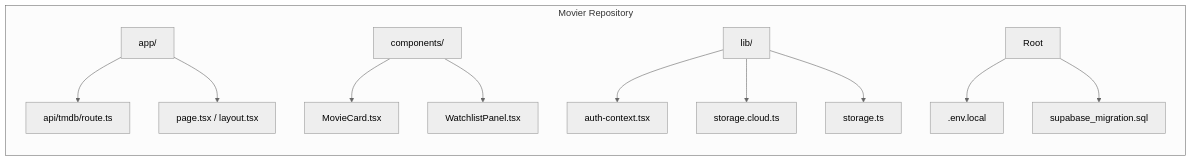
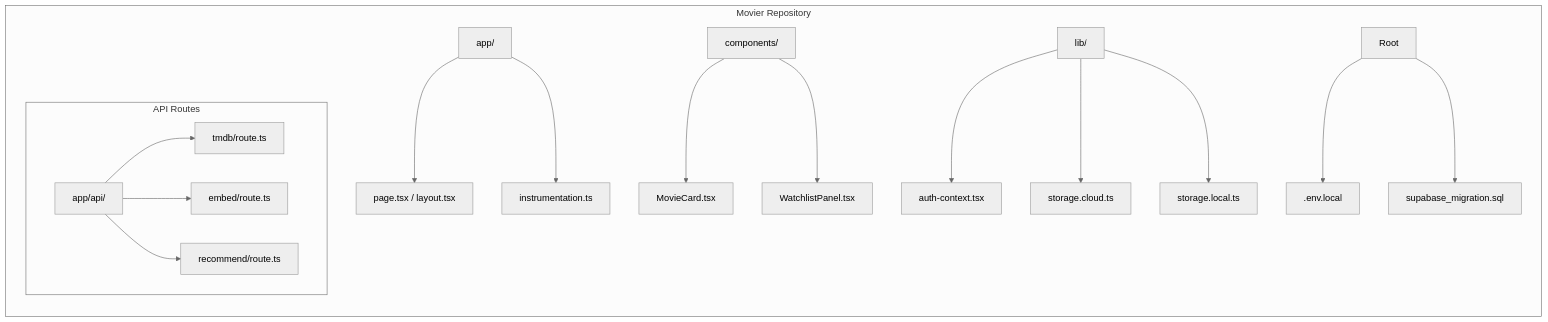
One commit to mehmetali-ozturk/movier changed the third of 4 diagrams in ARCHITECTURE.md. Above: the diagram before and after it, drawn with Mermaid (neutral theme). The commit also changed other lines of this file, not shown here.

Commit message:
Architecture update for AI analyze

````diff
--- a/ARCHITECTURE.md
+++ b/ARCHITECTURE.md
@@ -141,18 +164,25 @@
 ```mermaid
 flowchart LR
     subgraph Movier Repository
         direction TB
-        APP[app/] --> API_ROUTE[api/tmdb/route.ts]
-        APP --> PAGES[page.tsx / layout.tsx]
+        
+        subgraph API Routes
+            APP_API[app/api/] --> TMDB[tmdb/route.ts]
+            APP_API --> EMBED[embed/route.ts]
+            APP_API --> REC[recommend/route.ts]
+        end
+
+        APP[app/] --> PAGES[page.tsx / layout.tsx]
+        APP --> INSTRUMENT[instrumentation.ts]
 
         COMP[components/] --> CARDS[MovieCard.tsx]
         COMP --> PANELS[WatchlistPanel.tsx]
 
         LIB[lib/] --> AUTH[auth-context.tsx]
         LIB --> STORE_C[storage.cloud.ts]
-        LIB --> STORE_L[storage.ts]
+        LIB --> STORE_L[storage.local.ts]
 
         ROOT[Root] --> ENV[.env.local]
         ROOT --> SQL[supabase_migration.sql]
     end
 ```
````
